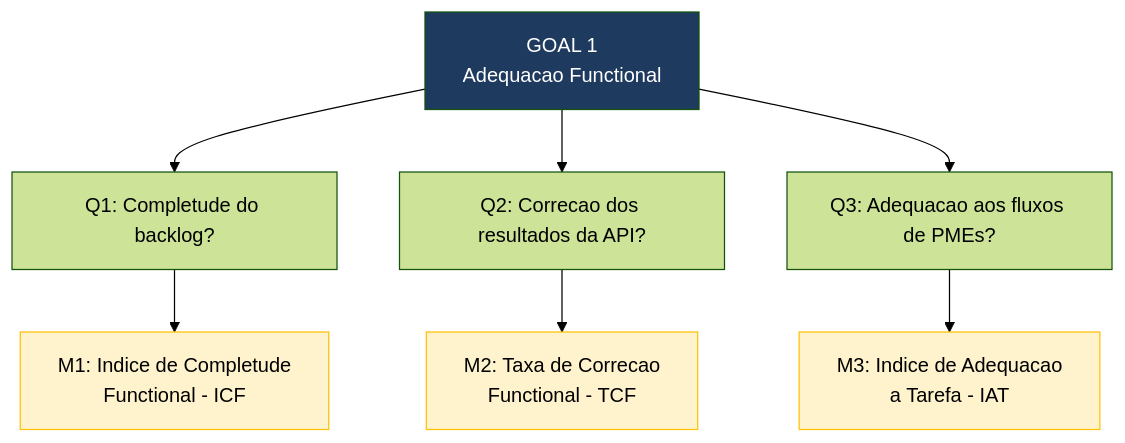
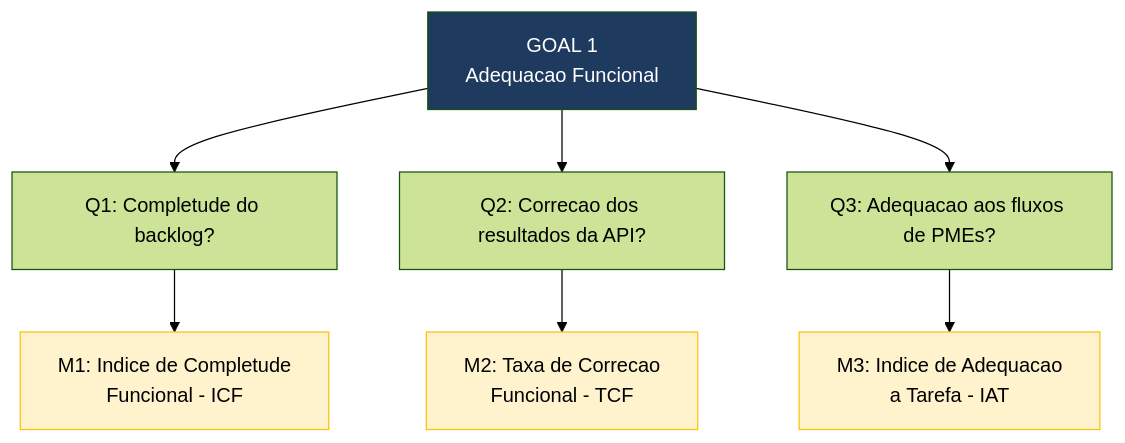
Before and after one commit to FCTE-Qualidade-de-Software-1/2026-1_T01_FRANS_BILAS: the diagram in docs/fase2/adequacao_funcional.md, drawn with Mermaid (forest theme). The commit also changed other lines of this file, not shown here.

First line of the commit message:
Update adequacao_funcional.md

````diff
--- a/docs/fase2/adequacao_funcional.md
+++ b/docs/fase2/adequacao_funcional.md
@@ -23,15 +23,15 @@
 ```mermaid
 graph TD
-    G1["GOAL 1<br>Adequacao Functional"]
+    G1["GOAL 1<br>Adequacao Funcional"]
     G1 --> Q1["Q1: Completude do backlog?"]
     G1 --> Q2["Q2: Correcao dos resultados da API?"]
     G1 --> Q3["Q3: Adequacao aos fluxos de PMEs?"]
-    Q1 --> M1["M1: Indice de Completude<br>Functional - ICF"]
-    Q2 --> M2["M2: Taxa de Correcao<br>Functional - TCF"]
+    Q1 --> M1["M1: Indice de Completude<br>Funcional - ICF"]
+    Q2 --> M2["M2: Taxa de Correcao<br>Funcional - TCF"]
     Q3 --> M3["M3: Indice de Adequacao<br>a Tarefa - IAT"]
 
     style G1 fill:#1E3A5F,color:#fff
     style M1 fill:#fff3cd,stroke:#ffc107
     style M2 fill:#fff3cd,stroke:#ffc107
     style M3 fill:#fff3cd,stroke:#ffc107
 ```
````
